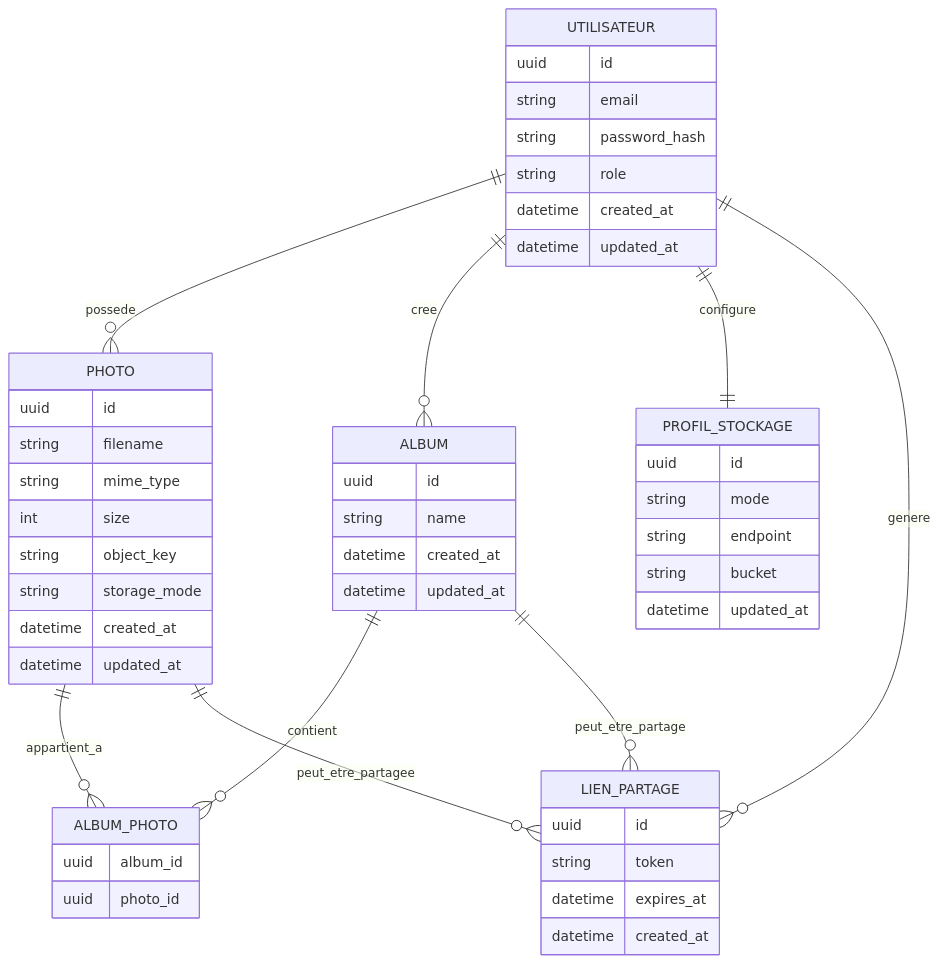
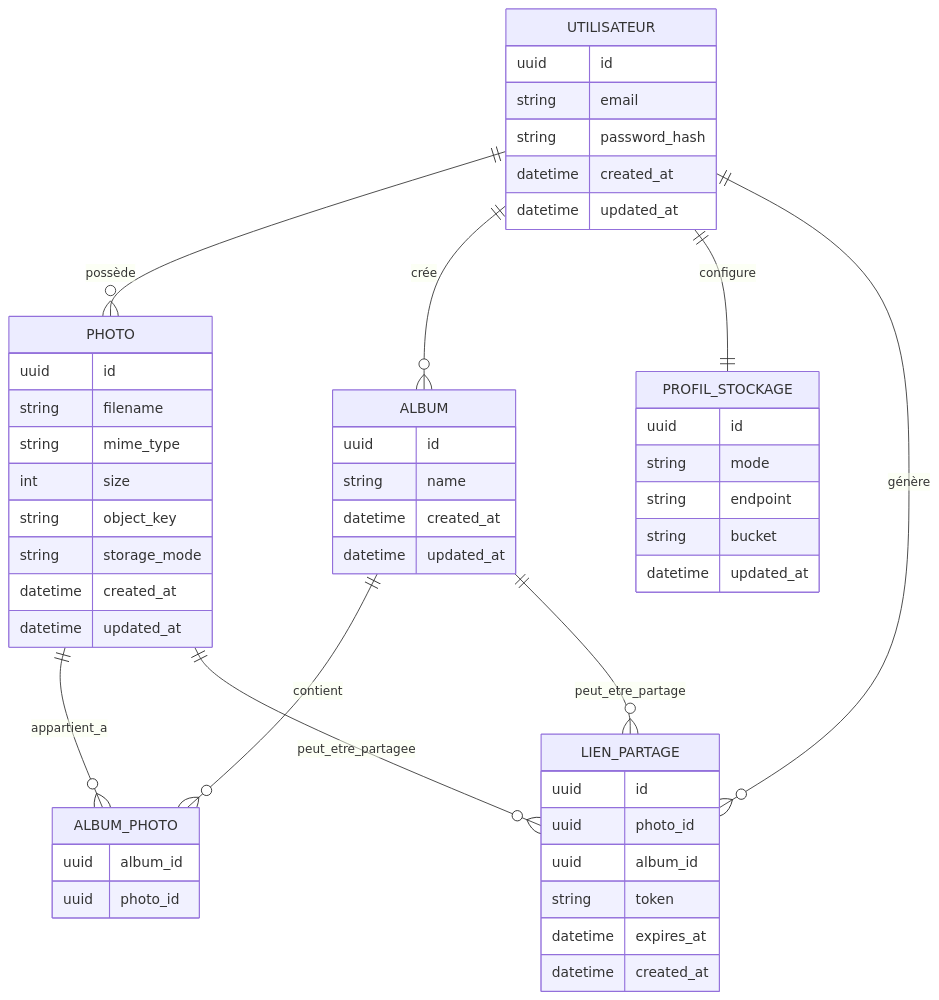
One commit to BOINAR/sovlens changed the diagram in documentation/database/mcd.md. Above: the diagram before and after it, drawn with Mermaid. The commit also changed other lines of this file, not shown here.

````diff
--- a/documentation/database/mcd.md
+++ b/documentation/database/mcd.md
@@ -21,60 +25,61 @@
 ```mermaid
 erDiagram
     UTILISATEUR {
         uuid id
         string email
         string password_hash
-        string role
         datetime created_at
         datetime updated_at
     }
 
     PHOTO {
         uuid id
         string filename
         string mime_type
         int size
         string object_key
         string storage_mode
         datetime created_at
         datetime updated_at
     }
 
     ALBUM {
         uuid id
         string name
         datetime created_at
         datetime updated_at
     }
 
     ALBUM_PHOTO {
         uuid album_id
         uuid photo_id
     }
 
     LIEN_PARTAGE {
         uuid id
+        uuid photo_id
+        uuid album_id
         string token
         datetime expires_at
         datetime created_at
     }
 
     PROFIL_STOCKAGE {
         uuid id
         string mode
         string endpoint
         string bucket
         datetime updated_at
     }
 
-    UTILISATEUR ||--o{ PHOTO : possede
-    UTILISATEUR ||--o{ ALBUM : cree
+    UTILISATEUR ||--o{ PHOTO : possède
+    UTILISATEUR ||--o{ ALBUM : crée
     UTILISATEUR ||--|| PROFIL_STOCKAGE : configure
-    UTILISATEUR ||--o{ LIEN_PARTAGE : genere
+    UTILISATEUR ||--o{ LIEN_PARTAGE : génère
 
     ALBUM ||--o{ ALBUM_PHOTO : contient
     PHOTO ||--o{ ALBUM_PHOTO : appartient_a
 
     PHOTO ||--o{ LIEN_PARTAGE : peut_etre_partagee
     ALBUM ||--o{ LIEN_PARTAGE : peut_etre_partage
 ```
````
